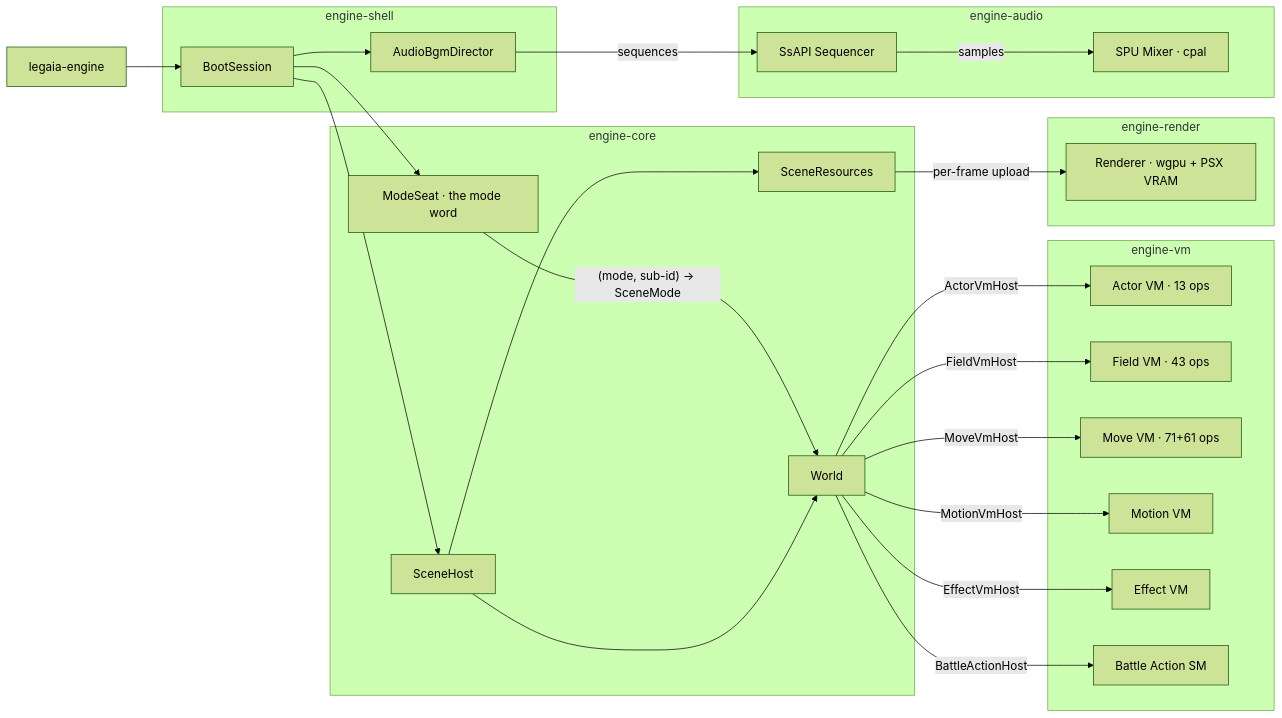
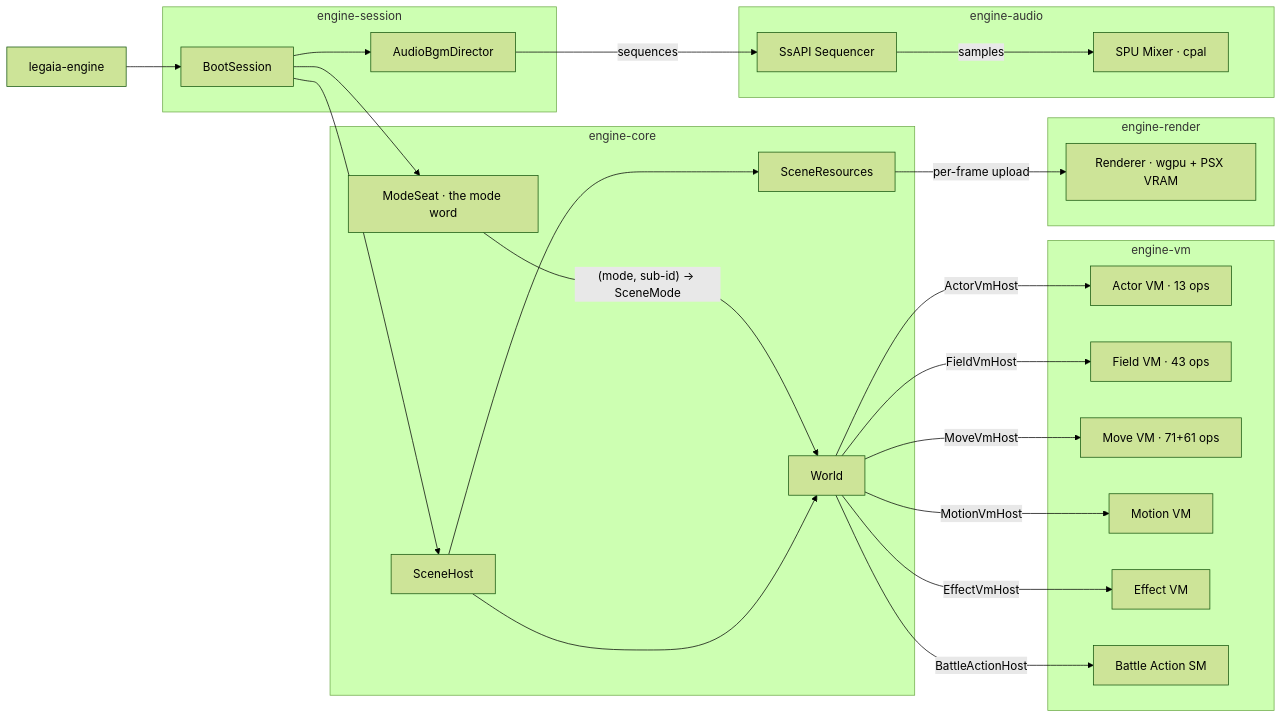
The diagram in docs/subsystems/engine.md (AndrewAltimit/legend-of-legaia-re), drawn with Mermaid (forest theme) before and after one commit. The commit also changed other lines of this file and 618 other files, not shown here.

First line of the commit message:
Port architecture review: one engine session for both hosts, new crates, site docs refresh (#502)

````diff
--- a/docs/subsystems/engine.md
+++ b/docs/subsystems/engine.md
@@ -119,51 +124,51 @@
 ```mermaid
 graph LR
     BIN["legaia-engine"]
 
-    subgraph shell ["engine-shell"]
+    subgraph session ["engine-session"]
         BS["BootSession"]
         BGM["AudioBgmDirector"]
     end
 
     subgraph core ["engine-core"]
         MD["ModeSeat · the mode word"]
         SH["SceneHost"]
         W["World"]
         SR["SceneResources"]
     end
 
     subgraph vm ["engine-vm"]
         AVM["Actor VM · 13 ops"]
         FVM["Field VM · 43 ops"]
         MVM["Move VM · 71+61 ops"]
         MotVM["Motion VM"]
         EVM["Effect VM"]
         BSM["Battle Action SM"]
     end
 
     subgraph ren ["engine-render"]
         REN["Renderer · wgpu + PSX VRAM"]
     end
 
     subgraph au ["engine-audio"]
         SEQ["SsAPI Sequencer"]
         SPU["SPU Mixer · cpal"]
     end
 
     BIN --> BS
     BS --> MD
     BS --> BGM
     BS --> SH
     MD -->|"(mode, sub-id) → SceneMode"| W
     SH --> W
     SH --> SR
     W -->|ActorVmHost| AVM
     W -->|FieldVmHost| FVM
     W -->|MoveVmHost| MVM
     W -->|MotionVmHost| MotVM
     W -->|EffectVmHost| EVM
     W -->|BattleActionHost| BSM
     SR -->|per-frame upload| REN
     BGM -->|sequences| SEQ
     SEQ -->|samples| SPU
 ```
````
